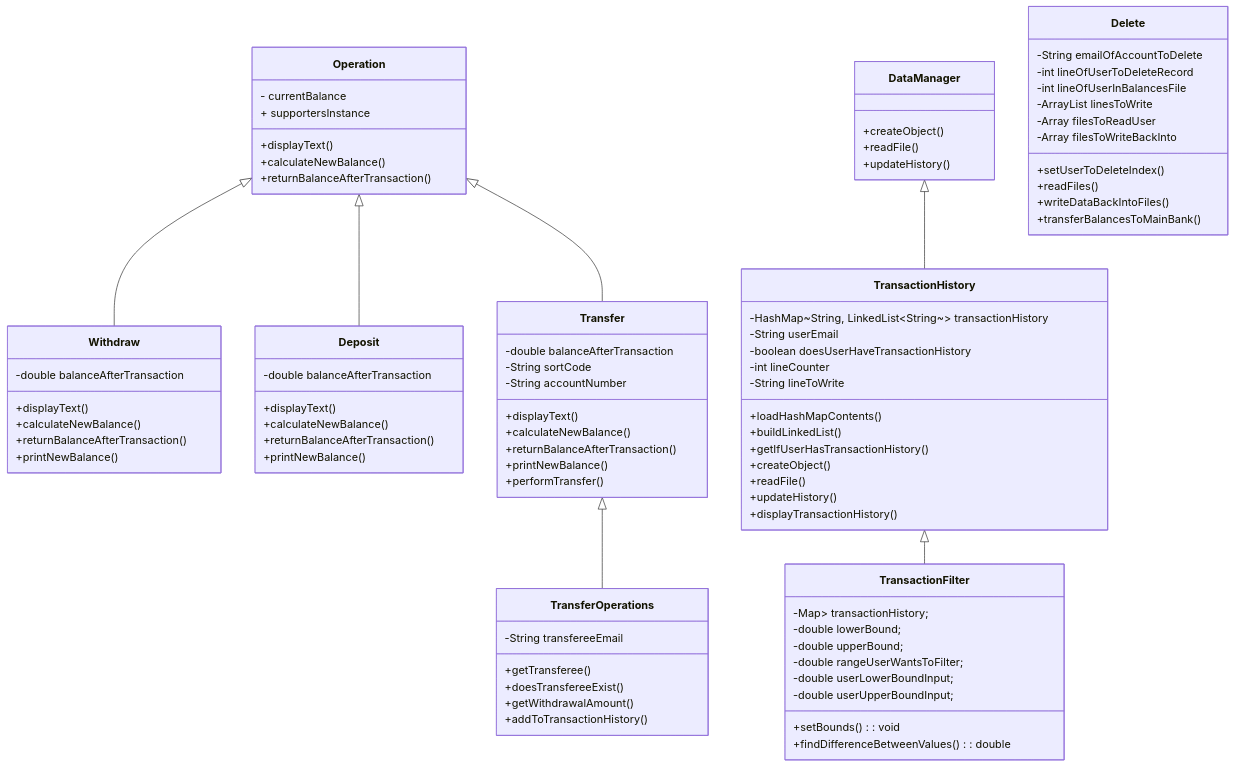
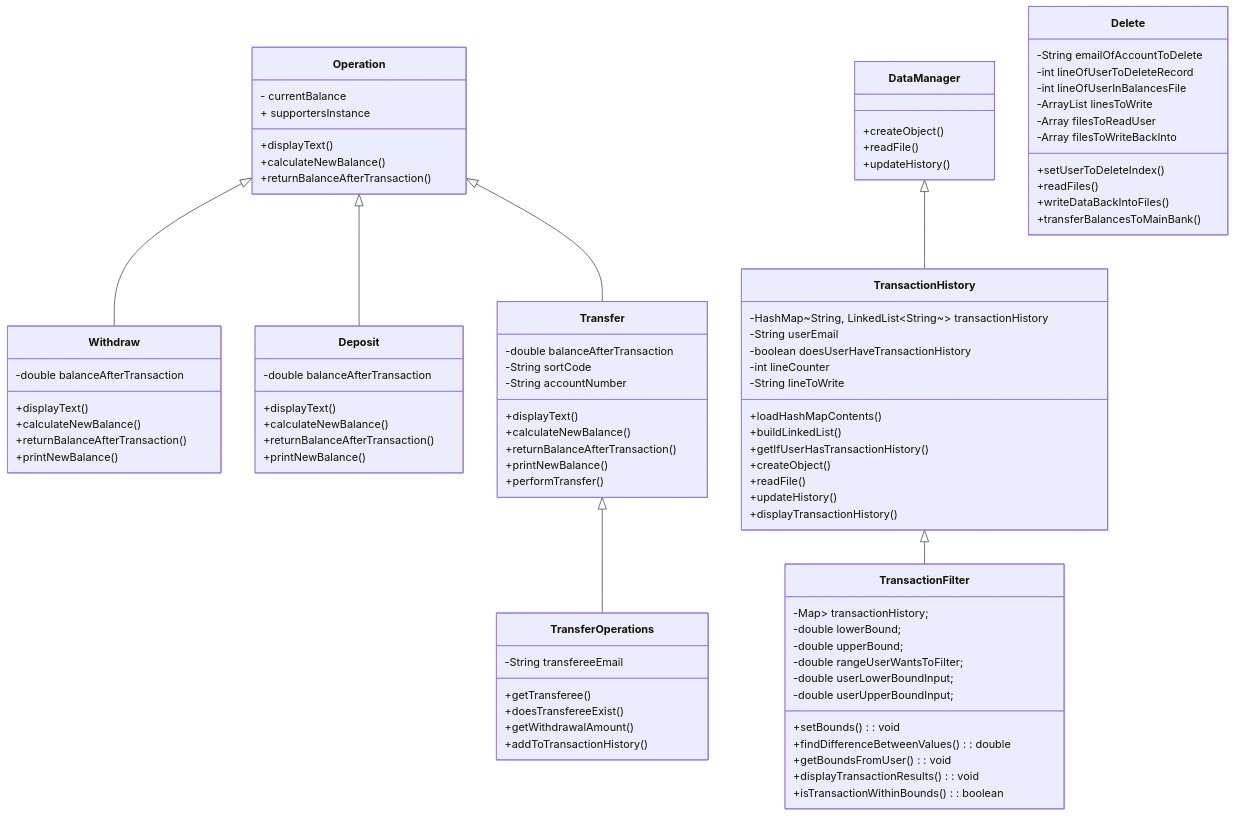
One commit to JoshMultiverse/FinCore changed the diagram in app/design/classDiagram TD.mmd. Above: the diagram before and after it, drawn with Mermaid. The commit also changed 10 other files, not shown here.

```diff
--- a/app/design/classDiagram TD.mmd
+++ b/app/design/classDiagram TD.mmd
@@ -1,93 +1,96 @@
 classDiagram
     Operation <|-- Withdraw
     Operation <|-- Deposit
     Operation <|-- Transfer
     Transfer <|-- TransferOperations
     DataManager <|-- TransactionHistory
     TransactionHistory <|-- TransactionFilter
 
 
 Operation : - currentBalance
 Operation : + supportersInstance 
 Operation: +displayText()
 Operation: +calculateNewBalance()
 Operation: +returnBalanceAfterTransaction()
 class Withdraw{
     -double balanceAfterTransaction
     +displayText()
     +calculateNewBalance()
     +returnBalanceAfterTransaction()
     +printNewBalance()
 }
 
 class Deposit{
     -double balanceAfterTransaction
     +displayText()
     +calculateNewBalance()
     +returnBalanceAfterTransaction()
     +printNewBalance()
 }
 
 class Transfer{
     -double balanceAfterTransaction
     -String sortCode
     -String accountNumber
     +displayText() 
     +calculateNewBalance()
     +returnBalanceAfterTransaction()
     +printNewBalance()
     +performTransfer()
 }
 
 class TransferOperations {
     -String transfereeEmail
     +getTransferee()
     +doesTransfereeExist()
     +getWithdrawalAmount()
     +addToTransactionHistory()
 }
 
 class Delete {
     -String emailOfAccountToDelete
     -int lineOfUserToDeleteRecord
     -int lineOfUserInBalancesFile
     -ArrayList linesToWrite
     -Array<Deque> filesToReadUser
     -Array<Deque> filesToWriteBackInto
     +setUserToDeleteIndex()
     +readFiles()
     +writeDataBackIntoFiles() 
     +transferBalancesToMainBank()
 }
 
 class DataManager {
     +createObject()
     +readFile()
     +updateHistory()
 }
 
 class TransactionHistory {
     -HashMap~String, LinkedList~String~~ transactionHistory
     -String userEmail
     -boolean doesUserHaveTransactionHistory
     -int lineCounter
     -String lineToWrite
     +loadHashMapContents()
     +buildLinkedList()
     +getIfUserHasTransactionHistory()
     +createObject()
     +readFile()
     +updateHistory()
     +displayTransactionHistory()
 }  
 
 class TransactionFilter {
     -Map<String, LinkedList<String>> transactionHistory;
     -double lowerBound;
     -double upperBound;
     -double rangeUserWantsToFilter;
     -double userLowerBoundInput;
     -double userUpperBoundInput;
     +setBounds(): void
     +findDifferenceBetweenValues(): double 
+    +getBoundsFromUser(): void
+    +displayTransactionResults(): void
+    +isTransactionWithinBounds(): boolean
 }
```
